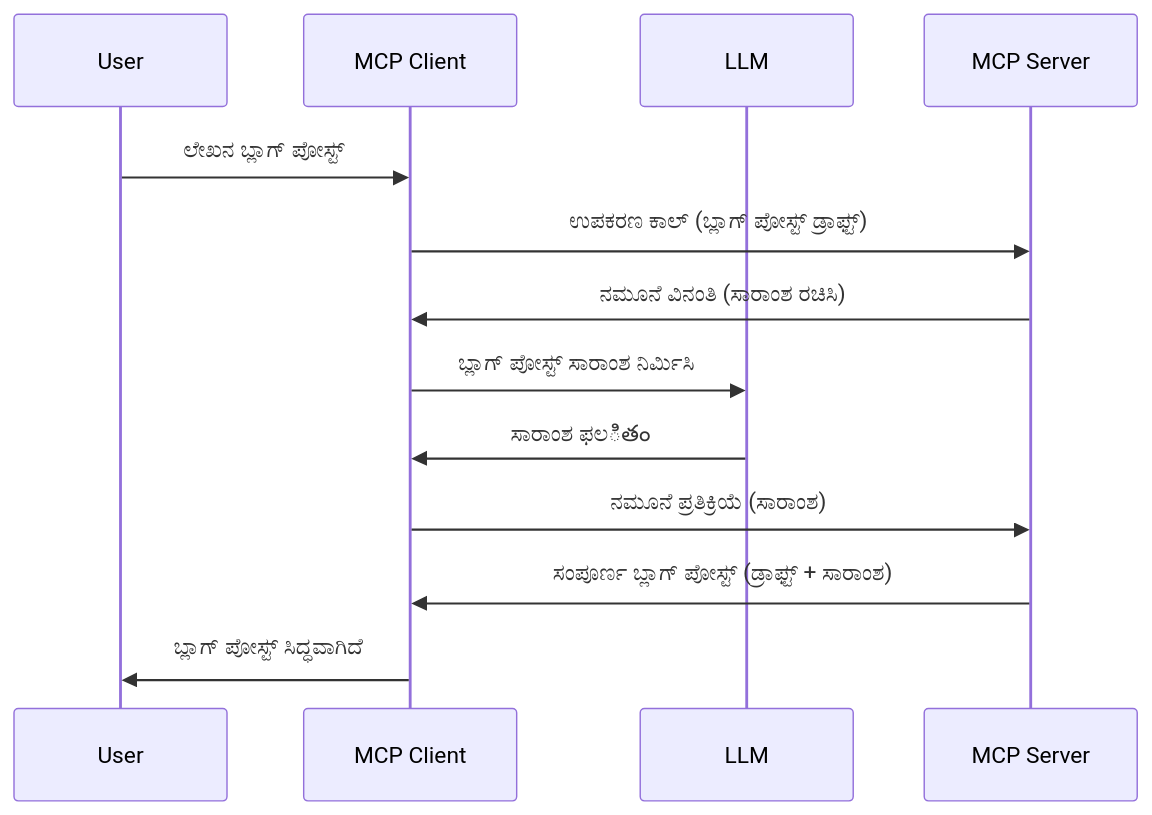
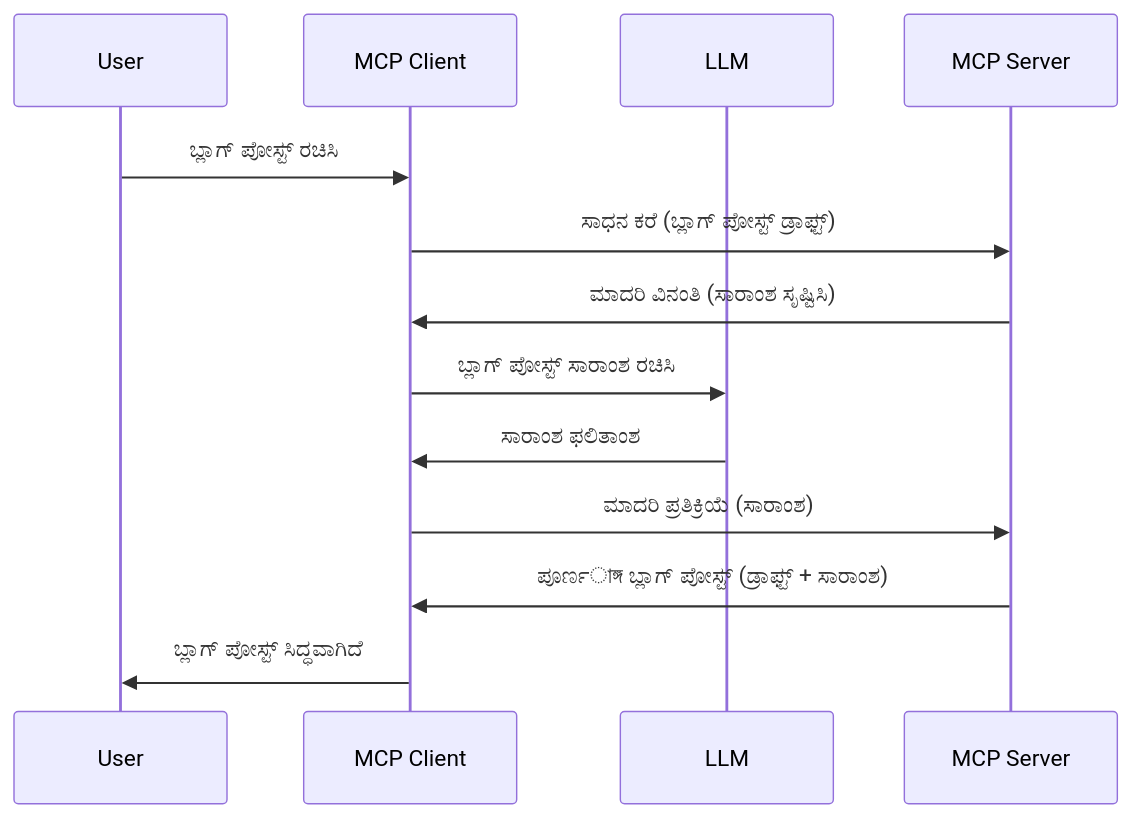
The diagram in mcp_ecosystem__model_context_protocol/mcp_learning_resources/mcp-for-beginners/translations/kn/03-GettingStarted/14-sampling/README.md (HIDORAKAI002/ai-workspace-archive), drawn with Mermaid before and after one commit. The commit also changed other lines of this file and 1160 other files, not shown here.

````diff
--- a/mcp_ecosystem__model_context_protocol/mcp_learning_resources/mcp-for-beginners/translations/kn/03-GettingStarted/14-sampling/README.md
+++ b/mcp_ecosystem__model_context_protocol/mcp_learning_resources/mcp-for-beginners/translations/kn/03-GettingStarted/14-sampling/README.md
@@ -23,16 +23,16 @@
 ```mermaid
 sequenceDiagram
     participant User
     participant MCP Client
     participant LLM
     participant MCP Server
 
-    User->>MCP Client: ಲೇಖನ ಬ್ಲಾಗ್ ಪೋಸ್ಟ್
-    MCP Client->>MCP Server: ಉಪಕರಣ ಕಾಲ್ (ಬ್ಲಾಗ್ ಪೋಸ್ಟ್ ಡ್ರಾಫ್ಟ್)
-    MCP Server->>MCP Client: ನಮೂನೆ ವಿನಂತಿ (ಸಾರಾಂಶ ರಚಿಸಿ)
-    MCP Client->>LLM: ಬ್ಲಾಗ್ ಪೋಸ್ಟ್ ಸಾರಾಂಶ ನಿರ್ಮಿಸಿ
-    LLM->>MCP Client: ಸಾರಾಂಶ ಫಲితం
-    MCP Client->>MCP Server: ನಮೂನೆ ಪ್ರತಿಕ್ರಿಯೆ (ಸಾರಾಂಶ)
-    MCP Server->>MCP Client: ಸಂಪೂರ್ಣ ಬ್ಲಾಗ್ ಪೋಸ್ಟ್ (ಡ್ರಾಫ್ಟ್ + ಸಾರಾಂಶ)
+    User->>MCP Client: ಬ್ಲಾಗ್ ಪೋಸ್ಟ್ ರಚಿಸಿ
+    MCP Client->>MCP Server: ಸಾಧನ ಕರೆ (ಬ್ಲಾಗ್ ಪೋಸ್ಟ್ ಡ್ರಾಫ್ಟ್)
+    MCP Server->>MCP Client: ಮಾದರಿ ವಿನಂತಿ (ಸಾರಾಂಶ ಸೃಷ್ಟಿಸಿ)
+    MCP Client->>LLM: ಬ್ಲಾಗ್ ಪೋಸ್ಟ್ ಸಾರಾಂಶ ರಚಿಸಿ
+    LLM->>MCP Client: ಸಾರಾಂಶ ಫಲಿತಾಂಶ
+    MCP Client->>MCP Server: ಮಾದರಿ ಪ್ರತಿಕ್ರಿಯೆ (ಸಾರಾಂಶ)
+    MCP Server->>MCP Client: ಪೂರ್ಣাঙ্গ ಬ್ಲಾಗ್ ಪೋಸ್ಟ್ (ಡ್ರಾಫ್ಟ್ + ಸಾರಾಂಶ)
     MCP Client->>User: ಬ್ಲಾಗ್ ಪೋಸ್ಟ್ ಸಿದ್ಧವಾಗಿದೆ
 ```
````
